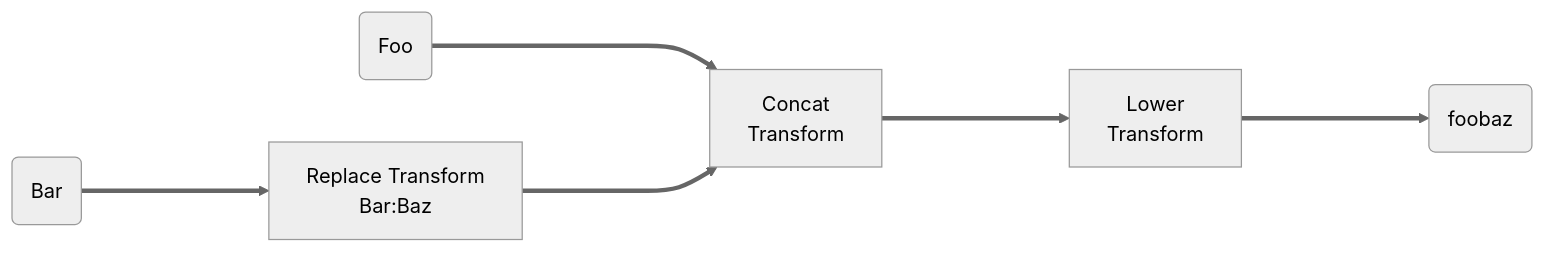
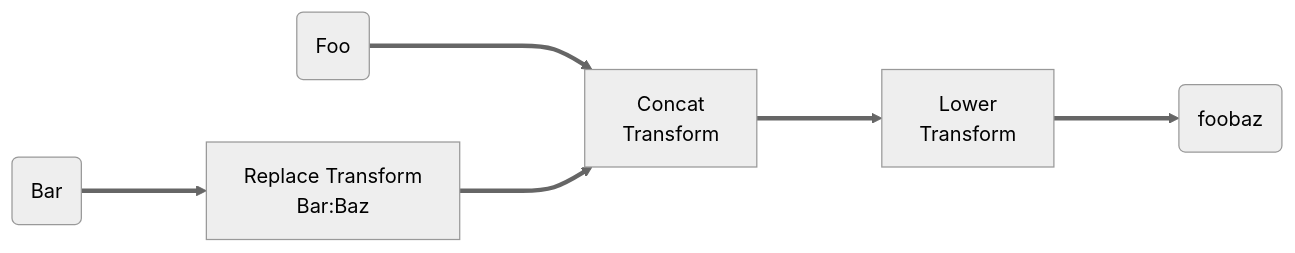
Before and after one commit to sailpoint-oss/developer.sailpoint.com: the seventh of 7 diagrams in docs/extensibility/transforms/index.md, drawn with Mermaid (neutral theme). The commit also changed other lines of this file and 1 other file, not shown here.

Commit message:
fix for labels on mermaid flowcharts

````diff
--- a/docs/extensibility/transforms/index.md
+++ b/docs/extensibility/transforms/index.md
@@ -105,5 +111,5 @@
 ```mermaid
 flowchart LR
-  id1(Foo) ====> id2[Concat\nTransform] ====> id3[Lower\nTransform] ====> id4(foobaz)
-  id5(Bar) ====> id6[Replace Transform\n Bar:Baz] ====> id2[Concat\nTransform]
+  id1(Foo) ===> id2[Concat\nTransform] ===> id3[Lower\nTransform] ===> id4(foobaz)
+  id5(Bar) ===> id6[Replace Transform\n Bar:Baz] ===> id2[Concat\nTransform]
 ```
````
